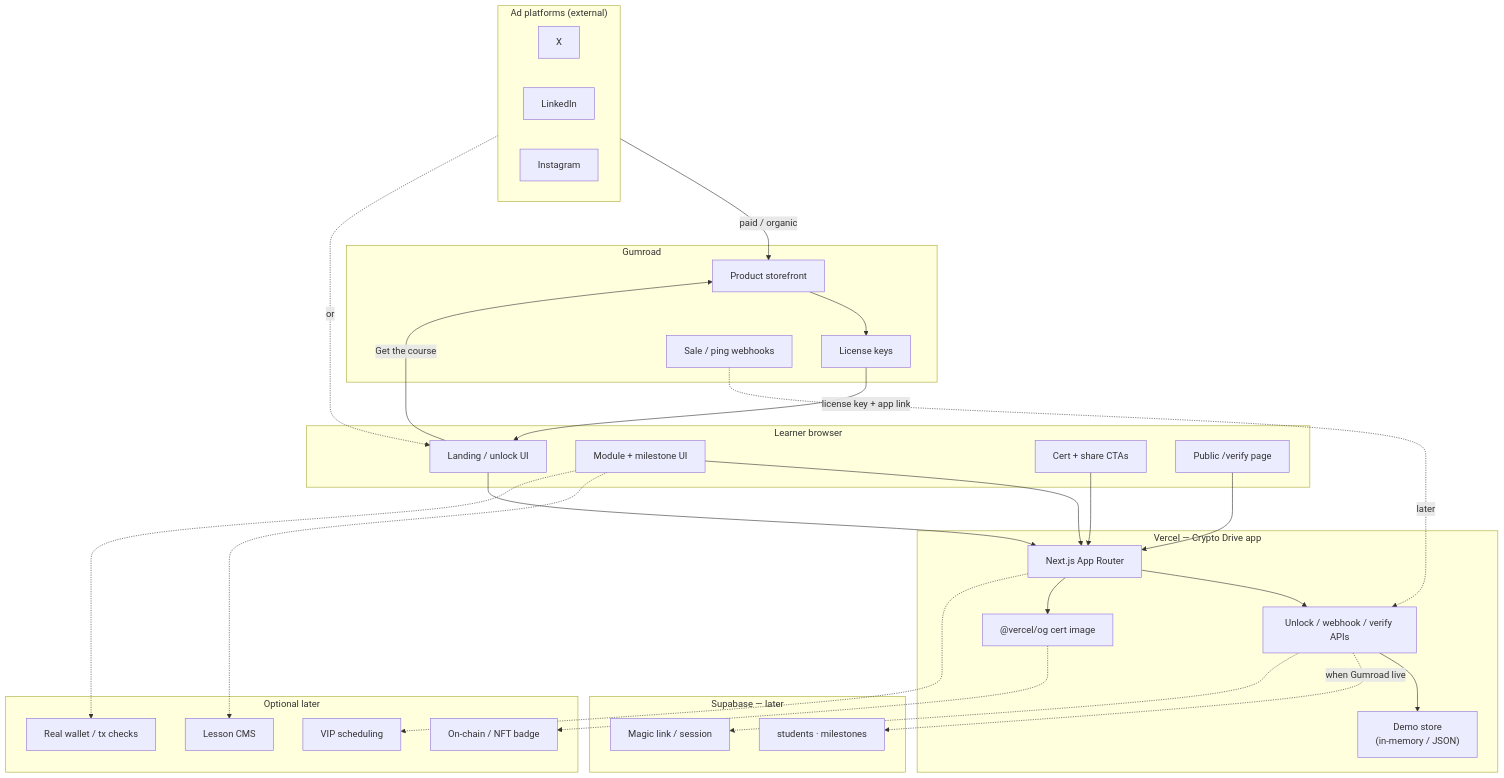
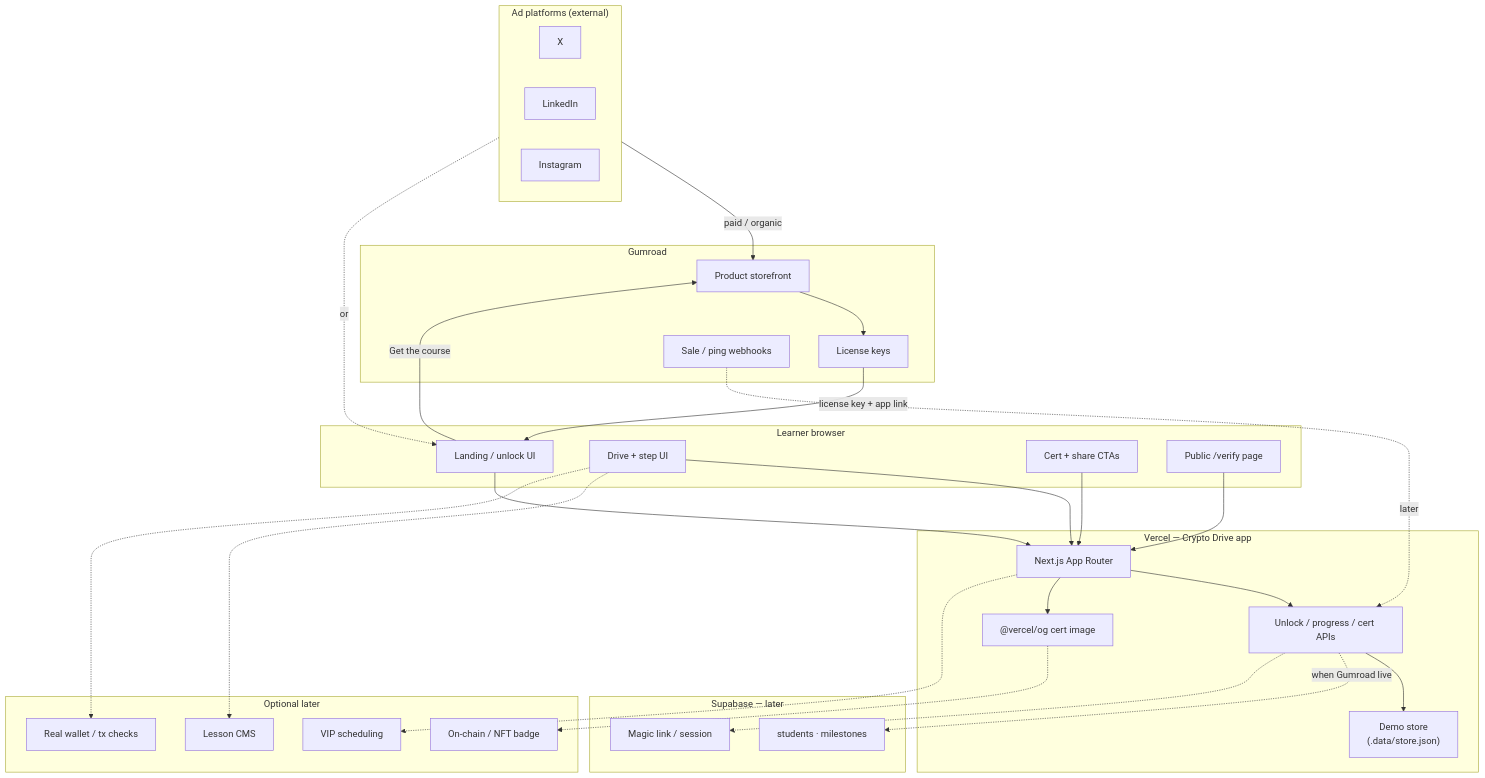
Before and after one commit to bitspent/crypto-drive: the first of 2 diagrams in docs/solution-architecture.md, drawn with Mermaid. The commit also changed other lines of this file and 5 other files, not shown here.

````diff
--- a/docs/solution-architecture.md
+++ b/docs/solution-architecture.md
@@ -11,60 +11,60 @@
 ```mermaid
 flowchart TB
   subgraph Ads["Ad platforms (external)"]
     X["X"]
     LI["LinkedIn"]
     IG["Instagram"]
   end
 
   subgraph GumroadHost["Gumroad"]
     Store["Product storefront"]
     LicKeys["License keys"]
     Hook["Sale / ping webhooks"]
   end
 
   subgraph Browser["Learner browser"]
     Landing["Landing / unlock UI"]
-    Course["Module + milestone UI"]
+    Course["Drive + step UI"]
     CertView["Cert + share CTAs"]
     VerifyPub["Public /verify page"]
   end
 
   subgraph AppHost["Vercel — Crypto Drive app"]
     Next["Next.js App Router"]
     OG["@vercel/og cert image"]
-    API["Unlock / webhook / verify APIs"]
-    DemoStore["Demo store<br/>(in-memory / JSON)"]
+    API["Unlock / progress / cert APIs"]
+    DemoStore["Demo store<br/>(.data/store.json)"]
   end
 
   subgraph DataLater["Supabase — later"]
     DB["students · milestones"]
     Auth["Magic link / session"]
   end
 
   subgraph OptionalLater["Optional later"]
     CMS["Lesson CMS"]
     VIP["VIP scheduling"]
     OnChain["On-chain / NFT badge"]
     RealTx["Real wallet / tx checks"]
   end
 
   Ads -->|"paid / organic"| Store
   Ads -.->|"or"| Landing
   Landing -->|"Get the course"| Store
   Store --> LicKeys
   LicKeys -->|"license key + app link"| Landing
   Hook -.->|"later"| API
   Landing --> Next
   Course --> Next
   CertView --> Next
   VerifyPub --> Next
   Next --> API
   Next --> OG
   API --> DemoStore
   API -.->|"when Gumroad live"| DB
   API -.-> Auth
   Course -.-> CMS
   Next -.-> VIP
   OG -.-> OnChain
   Course -.-> RealTx
 ```
````
